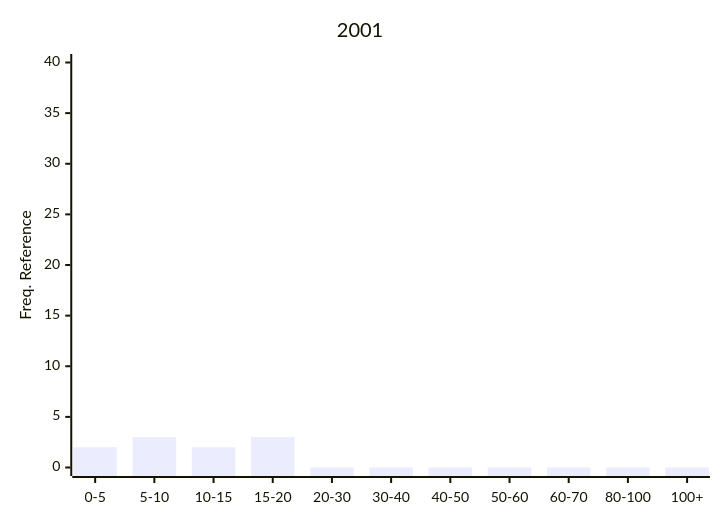
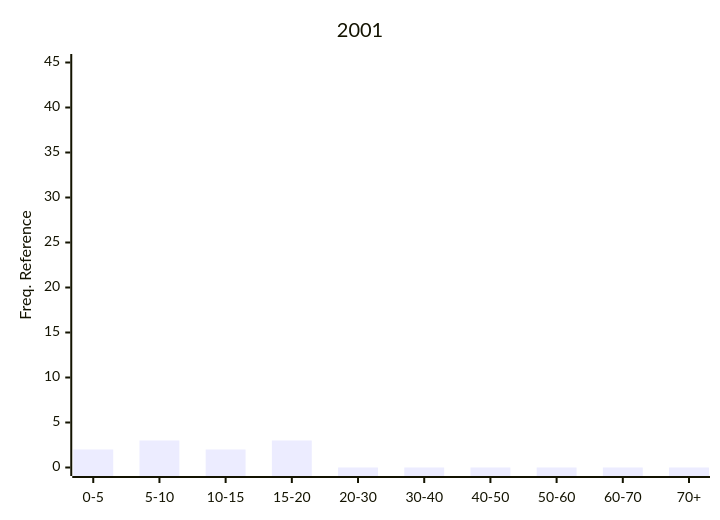
One commit to Nemus-Project/fair-nime-2026 changed the fifth of 29 diagrams in README.md. Above: the diagram before and after it, drawn with Mermaid. The commit also changed other lines of this file, not shown here.

Commit message:
add freq charts

````diff
--- a/README.md
+++ b/README.md
@@ -475,7 +478,7 @@
 ```mermaid
 xychart-beta
     title "2001"
-    x-axis ["0-5", "5-10", "10-15", "15-20", "20-30", "30-40", "40-50", "50-60", "60-70", "80-100", "100+"]
-    y-axis "Freq. Reference" 0 --> 40
-    bar [2, 3, 2, 3, 0, 0, 0, 0, 0, 0, 0]
+    x-axis ["0-5", "5-10", "10-15", "15-20", "20-30", "30-40", "40-50", "50-60", "60-70", "70+"]
+    y-axis "Freq. Reference" 0 --> 45
+    bar [2, 3, 2, 3, 0, 0, 0, 0, 0, 0]
 ```    
````
